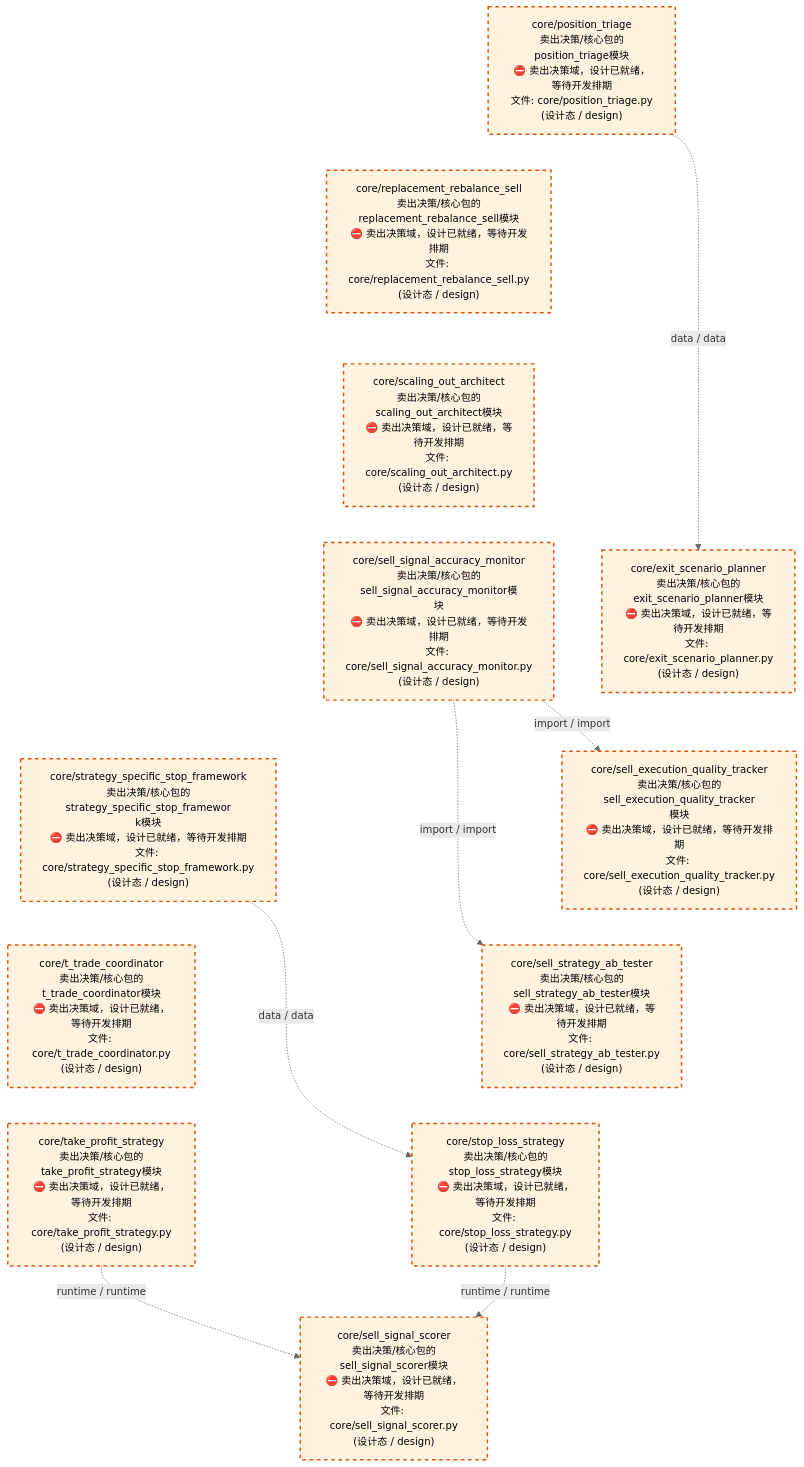
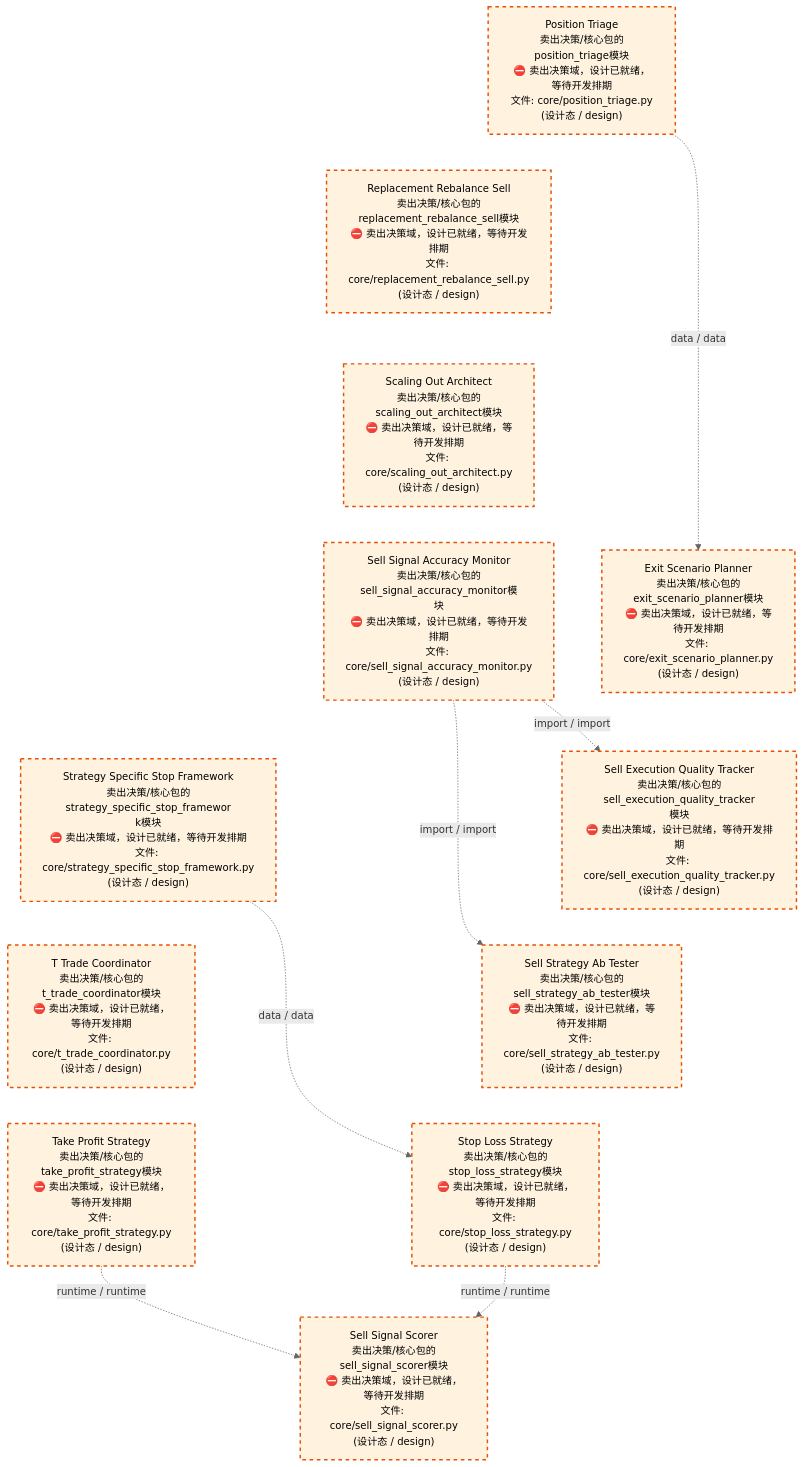
One commit to xuanFelixVan/ZephyrAlpha changed the third of 4 diagrams in docs/02_enterprise_architecture/02_domain_architecture_docs/67_d_sell_decision.md. Above: the diagram before and after it, drawn with Mermaid. The commit also changed other lines of this file and 58 other files, not shown here.

````diff
--- a/docs/02_enterprise_architecture/02_domain_architecture_docs/67_d_sell_decision.md
+++ b/docs/02_enterprise_architecture/02_domain_architecture_docs/67_d_sell_decision.md
@@ -194,36 +194,36 @@
 ```mermaid
 %%{init: {'theme': 'base', 'themeVariables': {'primaryColor': '#eaeaea', 'primaryTextColor': '#333333', 'primaryBorderColor': '#666666', 'lineColor': '#666666', 'secondaryColor': '#eaeaea', 'tertiaryColor': '#eaeaea', 'fontSize': '14px'}}}%%
 flowchart TD
-    src_zephyr_sell_decision_core_position_triage_py["core/position_triage<br/>卖出决策/核心包的position_triage模块<br/>⛔ 卖出决策域，设计已就绪，等待开发排期<br/>文件: core/position_triage.py<br/>(设计态 / design)"]
-    src_zephyr_sell_decision_core_replacement_rebalance_sell_py["core/replacement_rebalance_sell<br/>卖出决策/核心包的replacement_rebalance_sell模块<br/>⛔ 卖出决策域，设计已就绪，等待开发排期<br/>文件: core/replacement_rebalance_sell.py<br/>(设计态 / design)"]
-    src_zephyr_sell_decision_core_scaling_out_architect_py["core/scaling_out_architect<br/>卖出决策/核心包的scaling_out_architect模块<br/>⛔ 卖出决策域，设计已就绪，等待开发排期<br/>文件: core/scaling_out_architect.py<br/>(设计态 / design)"]
-    src_zephyr_sell_decision_core_sell_signal_accuracy_monitor_py["core/sell_signal_accuracy_monitor<br/>卖出决策/核心包的sell_signal_accuracy_monitor模<br/>块<br/>⛔ 卖出决策域，设计已就绪，等待开发排期<br/>文件: core/sell_signal_accuracy_monitor.py<br/>(设计态 / design)"]
-    src_zephyr_sell_decision_core_strategy_specific_stop_framework_py["core/strategy_specific_stop_framework<br/>卖出决策/核心包的strategy_specific_stop_framewor<br/>k模块<br/>⛔ 卖出决策域，设计已就绪，等待开发排期<br/>文件: core/strategy_specific_stop_framework.py<br/>(设计态 / design)"]
-    src_zephyr_sell_decision_core_t_trade_coordinator_py["core/t_trade_coordinator<br/>卖出决策/核心包的t_trade_coordinator模块<br/>⛔ 卖出决策域，设计已就绪，等待开发排期<br/>文件: core/t_trade_coordinator.py<br/>(设计态 / design)"]
-    src_zephyr_sell_decision_core_take_profit_strategy_py["core/take_profit_strategy<br/>卖出决策/核心包的take_profit_strategy模块<br/>⛔ 卖出决策域，设计已就绪，等待开发排期<br/>文件: core/take_profit_strategy.py<br/>(设计态 / design)"]
+    src_zephyr_sell_decision_core_position_triage_py["Position Triage<br/>卖出决策/核心包的position_triage模块<br/>⛔ 卖出决策域，设计已就绪，等待开发排期<br/>文件: core/position_triage.py<br/>(设计态 / design)"]
+    src_zephyr_sell_decision_core_replacement_rebalance_sell_py["Replacement Rebalance Sell<br/>卖出决策/核心包的replacement_rebalance_sell模块<br/>⛔ 卖出决策域，设计已就绪，等待开发排期<br/>文件: core/replacement_rebalance_sell.py<br/>(设计态 / design)"]
+    src_zephyr_sell_decision_core_scaling_out_architect_py["Scaling Out Architect<br/>卖出决策/核心包的scaling_out_architect模块<br/>⛔ 卖出决策域，设计已就绪，等待开发排期<br/>文件: core/scaling_out_architect.py<br/>(设计态 / design)"]
+    src_zephyr_sell_decision_core_sell_signal_accuracy_monitor_py["Sell Signal Accuracy Monitor<br/>卖出决策/核心包的sell_signal_accuracy_monitor模<br/>块<br/>⛔ 卖出决策域，设计已就绪，等待开发排期<br/>文件: core/sell_signal_accuracy_monitor.py<br/>(设计态 / design)"]
+    src_zephyr_sell_decision_core_strategy_specific_stop_framework_py["Strategy Specific Stop Framework<br/>卖出决策/核心包的strategy_specific_stop_framewor<br/>k模块<br/>⛔ 卖出决策域，设计已就绪，等待开发排期<br/>文件: core/strategy_specific_stop_framework.py<br/>(设计态 / design)"]
+    src_zephyr_sell_decision_core_t_trade_coordinator_py["T Trade Coordinator<br/>卖出决策/核心包的t_trade_coordinator模块<br/>⛔ 卖出决策域，设计已就绪，等待开发排期<br/>文件: core/t_trade_coordinator.py<br/>(设计态 / design)"]
+    src_zephyr_sell_decision_core_take_profit_strategy_py["Take Profit Strategy<br/>卖出决策/核心包的take_profit_strategy模块<br/>⛔ 卖出决策域，设计已就绪，等待开发排期<br/>文件: core/take_profit_strategy.py<br/>(设计态 / design)"]
     src_zephyr_sell_decision_core_position_triage_py ~~~ src_zephyr_sell_decision_core_replacement_rebalance_sell_py
     src_zephyr_sell_decision_core_replacement_rebalance_sell_py ~~~ src_zephyr_sell_decision_core_scaling_out_architect_py
     src_zephyr_sell_decision_core_scaling_out_architect_py ~~~ src_zephyr_sell_decision_core_sell_signal_accuracy_monitor_py
     src_zephyr_sell_decision_core_sell_signal_accuracy_monitor_py ~~~ src_zephyr_sell_decision_core_strategy_specific_stop_framework_py
     src_zephyr_sell_decision_core_strategy_specific_stop_framework_py ~~~ src_zephyr_sell_decision_core_t_trade_coordinator_py
     src_zephyr_sell_decision_core_t_trade_coordinator_py ~~~ src_zephyr_sell_decision_core_take_profit_strategy_py
-    src_zephyr_sell_decision_core_exit_scenario_planner_py["core/exit_scenario_planner<br/>卖出决策/核心包的exit_scenario_planner模块<br/>⛔ 卖出决策域，设计已就绪，等待开发排期<br/>文件: core/exit_scenario_planner.py<br/>(设计态 / design)"]
-    src_zephyr_sell_decision_core_sell_execution_quality_tracker_py["core/sell_execution_quality_tracker<br/>卖出决策/核心包的sell_execution_quality_tracker<br/>模块<br/>⛔ 卖出决策域，设计已就绪，等待开发排期<br/>文件: core/sell_execution_quality_tracker.py<br/>(设计态 / design)"]
-    src_zephyr_sell_decision_core_sell_strategy_ab_tester_py["core/sell_strategy_ab_tester<br/>卖出决策/核心包的sell_strategy_ab_tester模块<br/>⛔ 卖出决策域，设计已就绪，等待开发排期<br/>文件: core/sell_strategy_ab_tester.py<br/>(设计态 / design)"]
-    src_zephyr_sell_decision_core_stop_loss_strategy_py["core/stop_loss_strategy<br/>卖出决策/核心包的stop_loss_strategy模块<br/>⛔ 卖出决策域，设计已就绪，等待开发排期<br/>文件: core/stop_loss_strategy.py<br/>(设计态 / design)"]
+    src_zephyr_sell_decision_core_exit_scenario_planner_py["Exit Scenario Planner<br/>卖出决策/核心包的exit_scenario_planner模块<br/>⛔ 卖出决策域，设计已就绪，等待开发排期<br/>文件: core/exit_scenario_planner.py<br/>(设计态 / design)"]
+    src_zephyr_sell_decision_core_sell_execution_quality_tracker_py["Sell Execution Quality Tracker<br/>卖出决策/核心包的sell_execution_quality_tracker<br/>模块<br/>⛔ 卖出决策域，设计已就绪，等待开发排期<br/>文件: core/sell_execution_quality_tracker.py<br/>(设计态 / design)"]
+    src_zephyr_sell_decision_core_sell_strategy_ab_tester_py["Sell Strategy Ab Tester<br/>卖出决策/核心包的sell_strategy_ab_tester模块<br/>⛔ 卖出决策域，设计已就绪，等待开发排期<br/>文件: core/sell_strategy_ab_tester.py<br/>(设计态 / design)"]
+    src_zephyr_sell_decision_core_stop_loss_strategy_py["Stop Loss Strategy<br/>卖出决策/核心包的stop_loss_strategy模块<br/>⛔ 卖出决策域，设计已就绪，等待开发排期<br/>文件: core/stop_loss_strategy.py<br/>(设计态 / design)"]
     src_zephyr_sell_decision_core_exit_scenario_planner_py ~~~ src_zephyr_sell_decision_core_sell_execution_quality_tracker_py
     src_zephyr_sell_decision_core_sell_execution_quality_tracker_py ~~~ src_zephyr_sell_decision_core_sell_strategy_ab_tester_py
     src_zephyr_sell_decision_core_sell_strategy_ab_tester_py ~~~ src_zephyr_sell_decision_core_stop_loss_strategy_py
-    src_zephyr_sell_decision_core_sell_signal_scorer_py["core/sell_signal_scorer<br/>卖出决策/核心包的sell_signal_scorer模块<br/>⛔ 卖出决策域，设计已就绪，等待开发排期<br/>文件: core/sell_signal_scorer.py<br/>(设计态 / design)"]
+    src_zephyr_sell_decision_core_sell_signal_scorer_py["Sell Signal Scorer<br/>卖出决策/核心包的sell_signal_scorer模块<br/>⛔ 卖出决策域，设计已就绪，等待开发排期<br/>文件: core/sell_signal_scorer.py<br/>(设计态 / design)"]
     src_zephyr_sell_decision_core_position_triage_py -.->|data / data| src_zephyr_sell_decision_core_exit_scenario_planner_py
     src_zephyr_sell_decision_core_take_profit_strategy_py -.->|runtime / runtime| src_zephyr_sell_decision_core_sell_signal_scorer_py
     src_zephyr_sell_decision_core_stop_loss_strategy_py -.->|runtime / runtime| src_zephyr_sell_decision_core_sell_signal_scorer_py
     src_zephyr_sell_decision_core_strategy_specific_stop_framework_py -.->|data / data| src_zephyr_sell_decision_core_stop_loss_strategy_py
     src_zephyr_sell_decision_core_sell_signal_accuracy_monitor_py -.->|import / import| src_zephyr_sell_decision_core_sell_strategy_ab_tester_py
     src_zephyr_sell_decision_core_sell_signal_accuracy_monitor_py -.->|import / import| src_zephyr_sell_decision_core_sell_execution_quality_tracker_py
     classDef production fill:#e1f5fe,stroke:#01579b,stroke-width:2px,color:#000
     classDef design fill:#fff3e0,stroke:#e65100,stroke-width:2px,color:#000,stroke-dasharray: 5 5
     classDef external_prod fill:#e8f4fd,stroke:#0277bd,stroke-width:1px,color:#000
     classDef external_design fill:#fff8e7,stroke:#ef6c00,stroke-width:1px,color:#000,stroke-dasharray: 5 5
     class src_zephyr_sell_decision_core_exit_scenario_planner_py,src_zephyr_sell_decision_core_position_triage_py,src_zephyr_sell_decision_core_replacement_rebalance_sell_py,src_zephyr_sell_decision_core_scaling_out_architect_py,src_zephyr_sell_decision_core_sell_execution_quality_tracker_py,src_zephyr_sell_decision_core_sell_signal_accuracy_monitor_py,src_zephyr_sell_decision_core_sell_signal_scorer_py,src_zephyr_sell_decision_core_sell_strategy_ab_tester_py,src_zephyr_sell_decision_core_stop_loss_strategy_py,src_zephyr_sell_decision_core_strategy_specific_stop_framework_py,src_zephyr_sell_decision_core_t_trade_coordinator_py,src_zephyr_sell_decision_core_take_profit_strategy_py design
 ```
````
